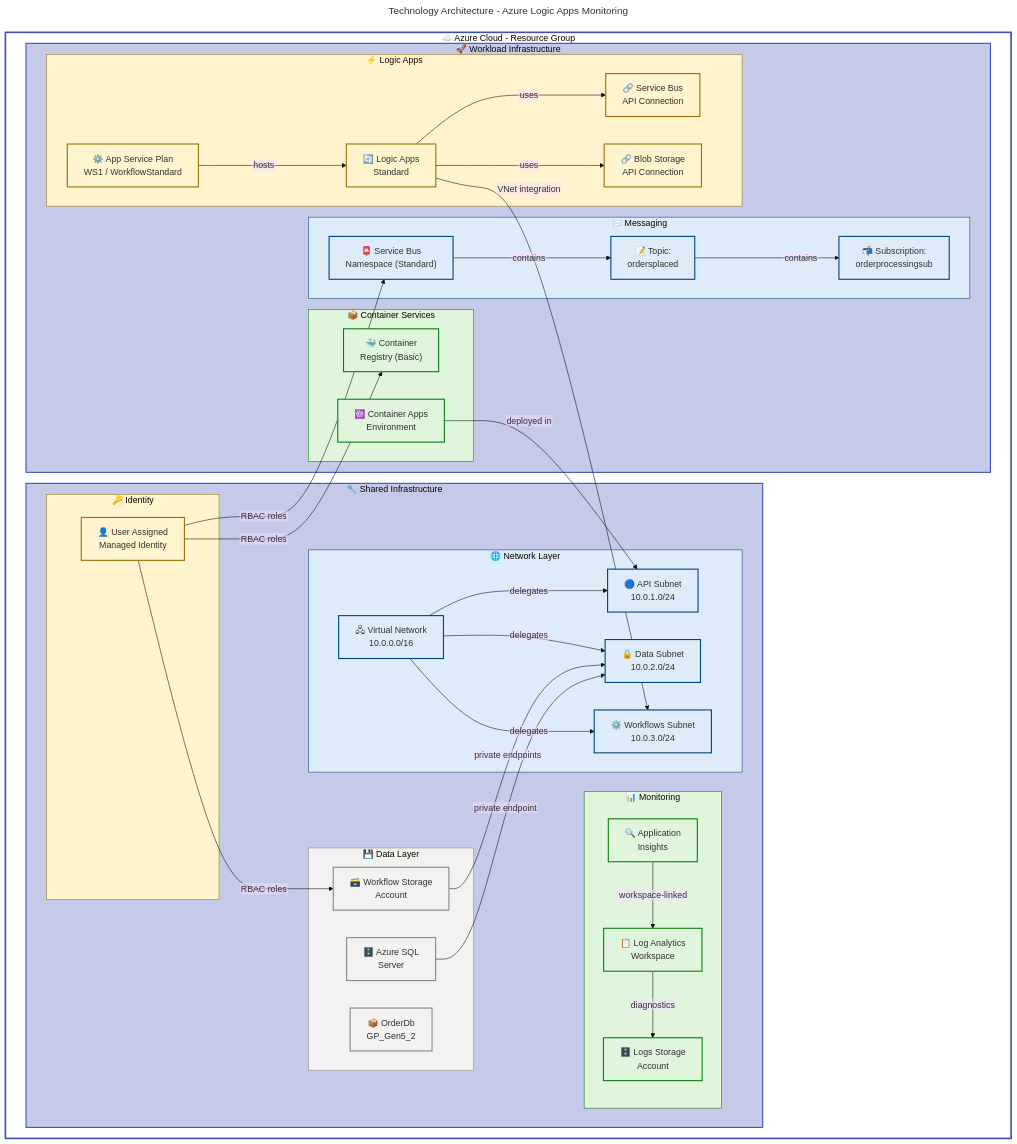
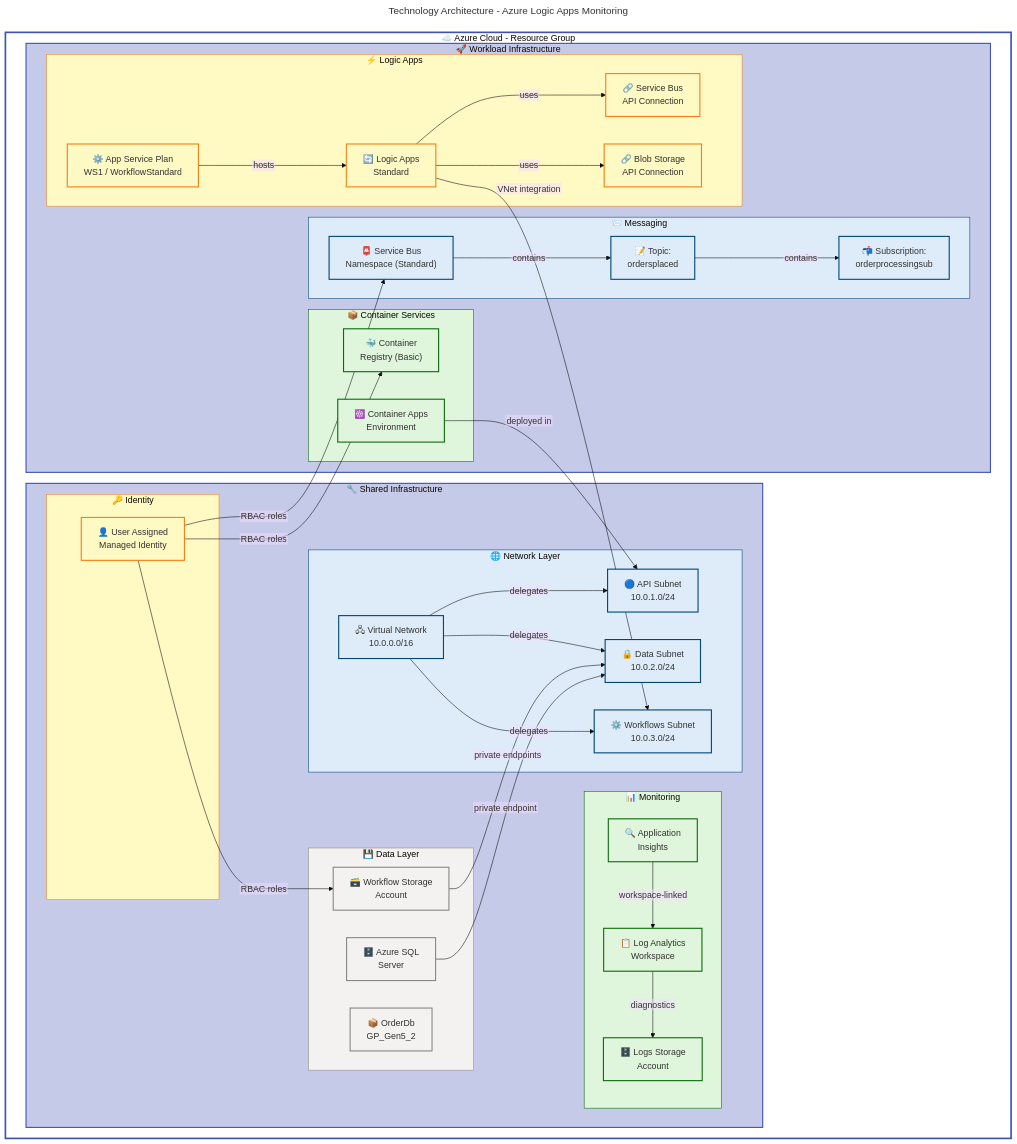
One commit to Evilazaro/Azure-LogicApps-Monitoring changed the first of 3 diagrams in docs/architecture/Technology-Layer-Architecture.md. Above: the diagram before and after it, drawn with Mermaid. The commit also changed other lines of this file and 3 other files, not shown here.

Commit message:
docs: update color definitions in architecture diagrams for improved clarity and consistency

```diff
--- a/docs/architecture/Technology-Layer-Architecture.md
+++ b/docs/architecture/Technology-Layer-Architecture.md
@@ -143,17 +143,17 @@
     style AzCloud fill:#FFFFFF,stroke:#3F51B5,stroke-width:3px,color:#323130
     style SharedLayer fill:#C5CAE9,stroke:#3F51B5,stroke-width:2px,color:#323130
     style NetZone fill:#DEECF9,stroke:#004578,stroke-width:1px,color:#323130
-    style IdZone fill:#FFF4CE,stroke:#986F0B,stroke-width:1px,color:#323130
-    style MonZone fill:#DFF6DD,stroke:#107C10,stroke-width:1px,color:#323130
+    style IdZone fill:#FFF9C4,stroke:#F57F17,stroke-width:1px,color:#323130
+    style MonZone fill:#DFF6DD,stroke:#0B6A0B,stroke-width:1px,color:#323130
     style DataZone fill:#F3F2F1,stroke:#8A8886,stroke-width:1px,color:#323130
     style WorkloadLayer fill:#C5CAE9,stroke:#3F51B5,stroke-width:2px,color:#323130
     style MsgZone fill:#DEECF9,stroke:#004578,stroke-width:1px,color:#323130
-    style ContainerZone fill:#DFF6DD,stroke:#107C10,stroke-width:1px,color:#323130
-    style WorkflowZone fill:#FFF4CE,stroke:#986F0B,stroke-width:1px,color:#323130
+    style ContainerZone fill:#DFF6DD,stroke:#0B6A0B,stroke-width:1px,color:#323130
+    style WorkflowZone fill:#FFF9C4,stroke:#F57F17,stroke-width:1px,color:#323130
 
     classDef azureBlue fill:#DEECF9,stroke:#004578,stroke-width:2px,color:#323130
-    classDef successGreen fill:#DFF6DD,stroke:#107C10,stroke-width:2px,color:#323130
-    classDef warningYellow fill:#FFF4CE,stroke:#986F0B,stroke-width:2px,color:#323130
+    classDef successGreen fill:#DFF6DD,stroke:#0B6A0B,stroke-width:2px,color:#323130
+    classDef warningYellow fill:#FFF9C4,stroke:#F57F17,stroke-width:2px,color:#323130
     classDef neutralGrey fill:#F3F2F1,stroke:#8A8886,stroke-width:2px,color:#323130
 
     class VNet,ApiSubnet,DataSubnet,WfSubnet azureBlue
```
